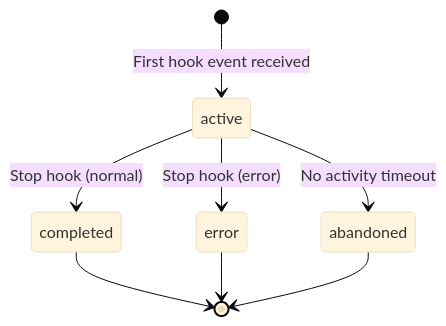
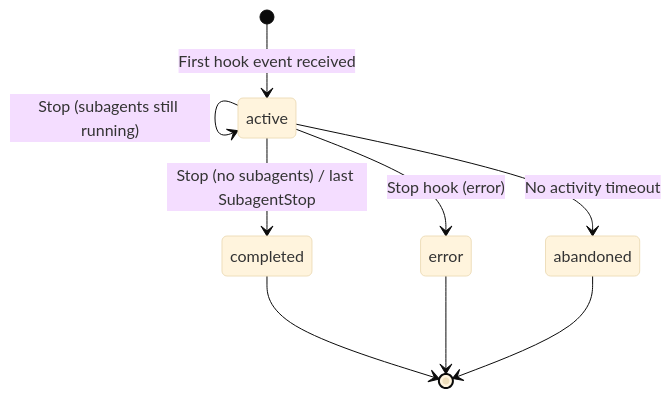
Before and after one commit to mirkanu/gsd-dashboard: the fourth of 4 diagrams in README.md, drawn with Mermaid (base theme). The commit also changed other lines of this file and 13 other files, not shown here.

````diff
--- a/README.md
+++ b/README.md
@@ -173,10 +181,11 @@
 ```mermaid
 stateDiagram-v2
     [*] --> active: First hook event received
-    active --> completed: Stop hook (normal)
+    active --> active: Stop (subagents still running)
+    active --> completed: Stop (no subagents) / last SubagentStop
     active --> error: Stop hook (error)
     active --> abandoned: No activity timeout
     completed --> [*]
     error --> [*]
     abandoned --> [*]
 ```
````
